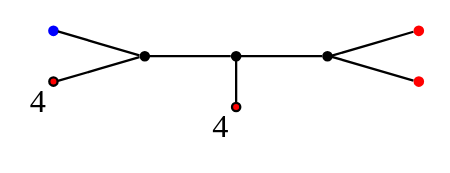
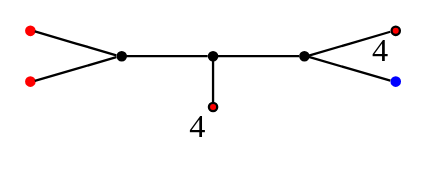
The diagram in graph/modSL2_index10_16.dot (vendramin/subgroups), drawn with Graphviz before and after one commit. The commit also changed 67 other files, not shown here.

```diff
--- a/graph/modSL2_index10_16.dot
+++ b/graph/modSL2_index10_16.dot
@@ -1,15 +1,15 @@
 graph diagram {
 node [shape=point,color=black];
 rankdir = LR;
 subgraph subdiagram {
 2 -- 1 -- 3;
 }
-{5,6} -- 2;
+{7,8} -- 2;
 {rank=same;1 -- 4};
-3 -- {8,7};
+3 -- {6,5}
 4 [fillcolor=red,xlabel=4];
 5 [color=blue];
 6 [fillcolor=red,xlabel=4];
 7 [color=red];
 8 [color=red];
 }
```
